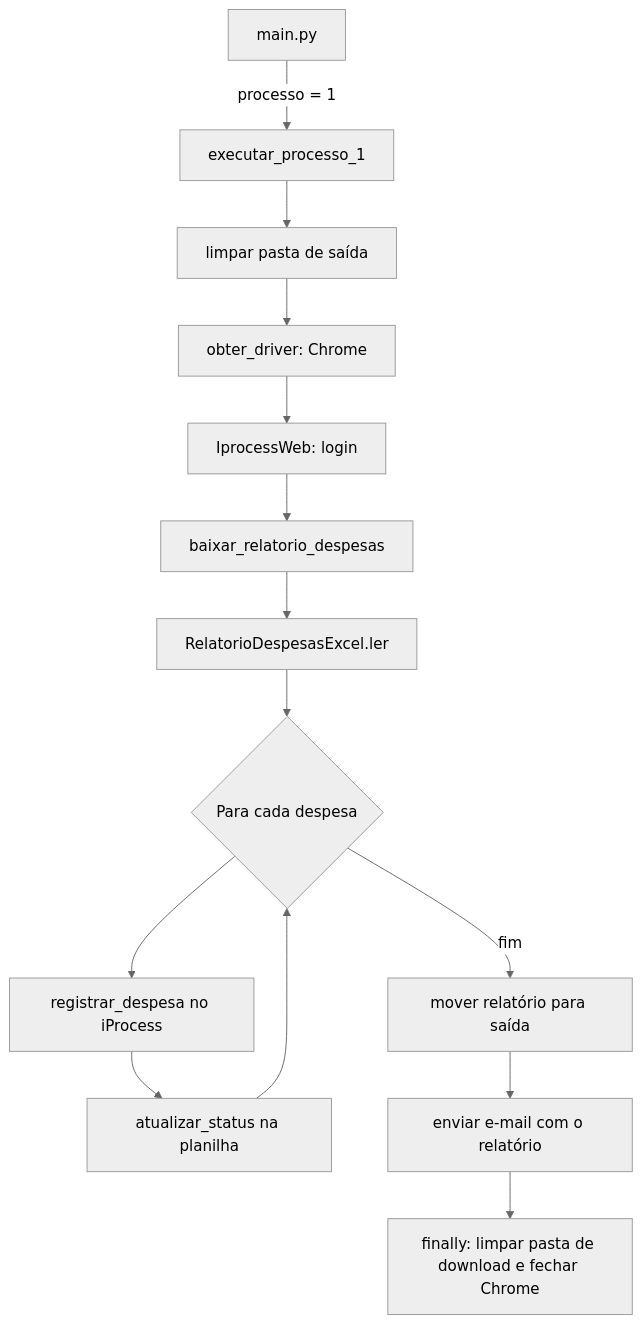
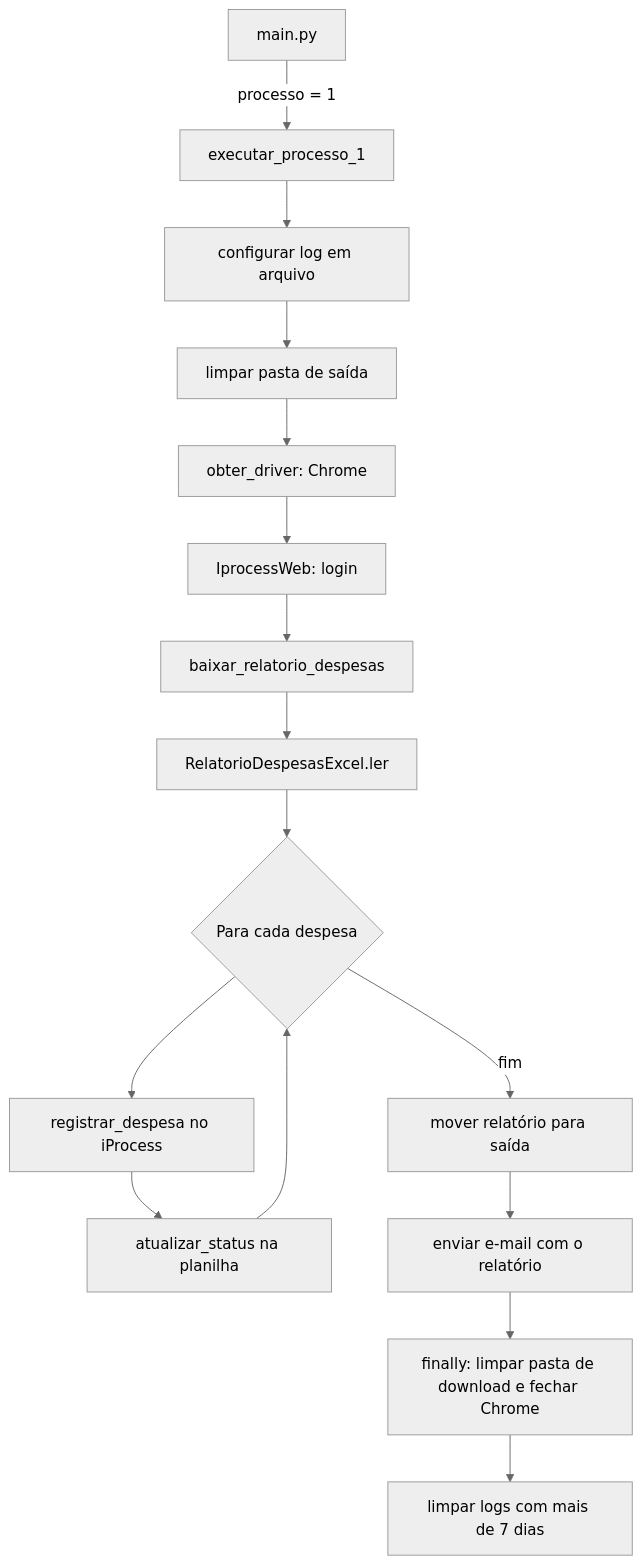
The diagram in src/processes/process_1/README.md (joaosoares-marvila/rpa-exemplo), drawn with Mermaid (neutral theme) before and after one commit. The commit also changed other lines of this file and 2 other files, not shown here.

Commit message:
Documenta o parâmetro diretorio_logs e a retenção de logs nos READMEs

````diff
--- a/src/processes/process_1/README.md
+++ b/src/processes/process_1/README.md
@@ -29,16 +29,18 @@
 ```mermaid
 flowchart TD
     A[main.py] -->|processo = 1| B[executar_processo_1]
-    B --> B1[limpar pasta de saída]
+    B --> L[configurar log em arquivo]
+    L --> B1[limpar pasta de saída]
     B1 --> C[obter_driver: Chrome]
     C --> D[IprocessWeb: login]
     D --> E[baixar_relatorio_despesas]
     E --> F[RelatorioDespesasExcel.ler]
     F --> G{Para cada despesa}
     G --> H[registrar_despesa no iProcess]
     H --> I[atualizar_status na planilha]
     I --> G
     G -->|fim| G1[mover relatório para saída]
     G1 --> G2[enviar e-mail com o relatório]
     G2 --> J[finally: limpar pasta de download e fechar Chrome]
+    J --> K[limpar logs com mais de 7 dias]
 ```
````
